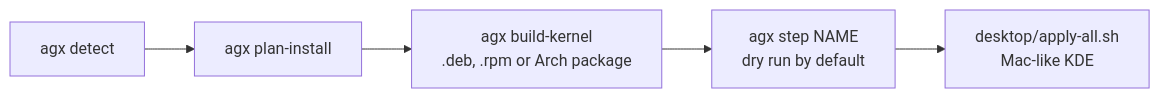
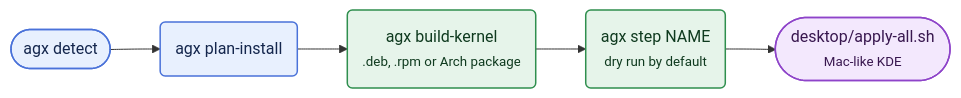
Before and after one commit to zainnobody/apple-silicon-linux-desktop: the diagram in README.md, drawn with Mermaid.

Commit message:
README: colored diagram

````diff
--- a/README.md
+++ b/README.md
@@ -52,7 +52,14 @@
 ```mermaid
 flowchart LR
-    detect["agx detect"] --> plan["agx plan-install"]
-    plan --> build["agx build-kernel<br/>.deb, .rpm or Arch package"]
-    build --> steps["agx step NAME<br/>dry run by default"]
-    steps --> desktop["desktop/apply-all.sh<br/>Mac-like KDE"]
+    detect(["agx detect"]):::hw
+    plan("agx plan-install"):::hw
+    build("agx build-kernel<br/><small>.deb, .rpm or Arch package</small>"):::core
+    steps("agx step NAME<br/><small>dry run by default</small>"):::core
+    desktop(["desktop/apply-all.sh<br/><small>Mac-like KDE</small>"]):::ui
+    detect --> plan --> build --> steps --> desktop
+    classDef hw fill:#e8f0fe,stroke:#4a72d9,stroke-width:1.5px,color:#14264d
+    classDef core fill:#e6f4ea,stroke:#2f8f4e,stroke-width:1.5px,color:#0f3a1f
+    classDef ui fill:#f3e8fd,stroke:#8e44c9,stroke-width:1.5px,color:#38174f
+    classDef ai fill:#fdeee0,stroke:#d9822b,stroke-width:1.5px,color:#4a2706
+    classDef todo fill:#f1f3f4,stroke:#9aa0a6,stroke-width:1.5px,stroke-dasharray:5 4,color:#3c4043
 ```
````
